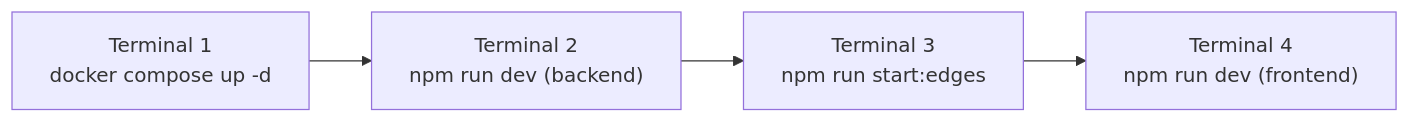
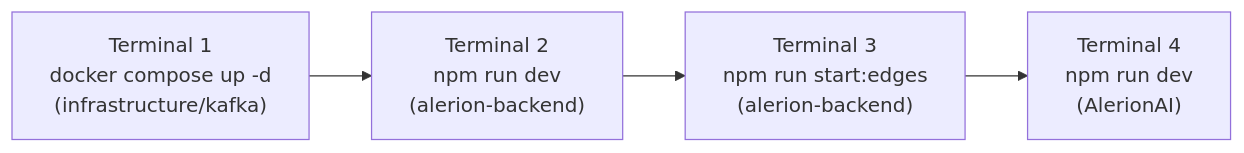
Before and after one commit to DevanshBehl/Alerion-AI: the fourth of 7 diagrams in README.md, drawn with Mermaid. The commit also changed other lines of this file and 3 other files, not shown here.

````diff
--- a/README.md
+++ b/README.md
@@ -368,6 +430,6 @@
 ```mermaid
 graph LR
-    A["Terminal 1<br/>docker compose up -d"] --> B["Terminal 2<br/>npm run dev (backend)"]
-    B --> C["Terminal 3<br/>npm run start:edges"]
-    C --> D["Terminal 4<br/>npm run dev (frontend)"]
+    A["Terminal 1<br/>docker compose up -d<br/>(infrastructure/kafka)"] --> B["Terminal 2<br/>npm run dev<br/>(alerion-backend)"]
+    B --> C["Terminal 3<br/>npm run start:edges<br/>(alerion-backend)"]
+    C --> D["Terminal 4<br/>npm run dev<br/>(AlerionAI)"]
 ```
````
